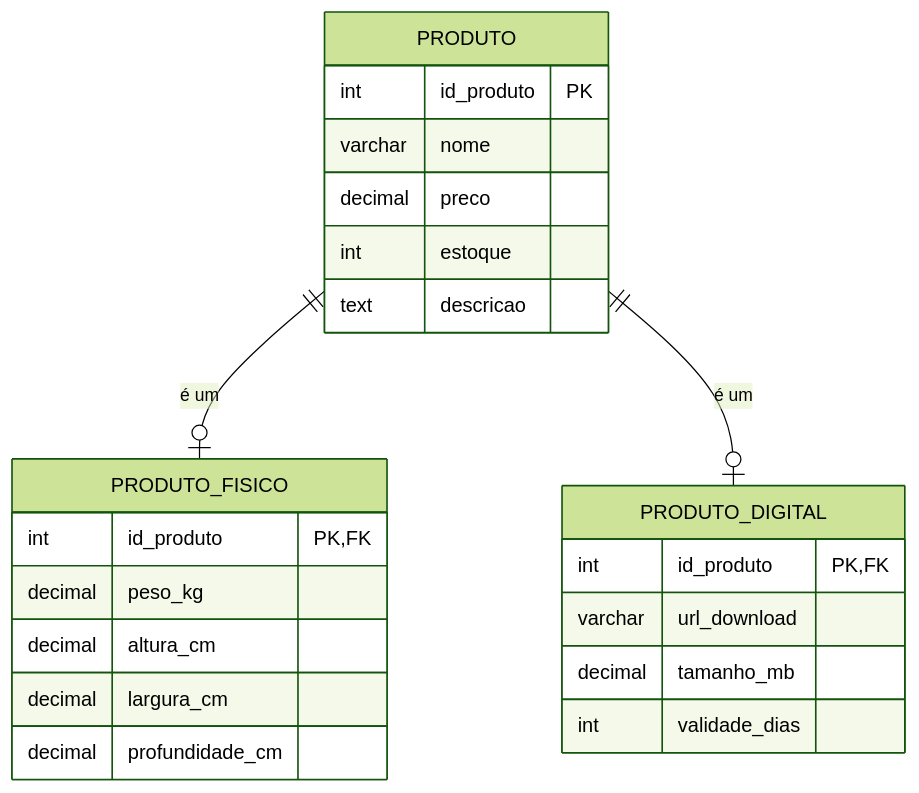
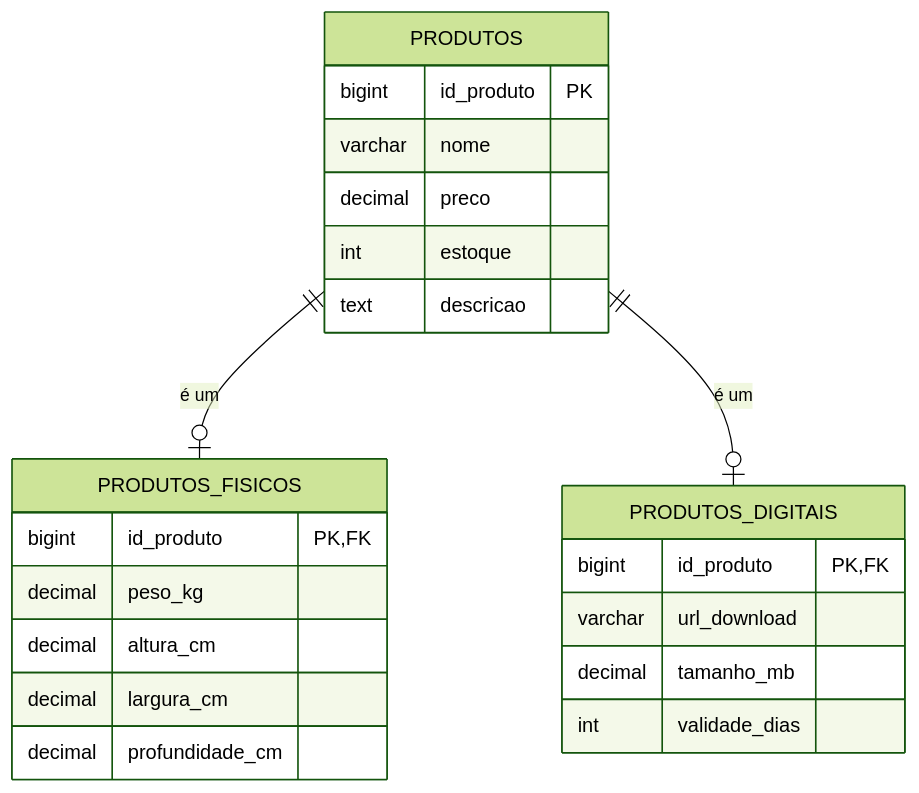
One commit to DSM-Fatec-Jahu/Banco-de-Dados-Relacional-IBD015 changed the sixth of 8 diagrams in aulas/Aula_01_Revisao_Modelagem_Conceitual.md. Above: the diagram before and after it, drawn with Mermaid (forest theme). The commit also changed other lines of this file, not shown here.

````diff
--- a/aulas/Aula_01_Revisao_Modelagem_Conceitual.md
+++ b/aulas/Aula_01_Revisao_Modelagem_Conceitual.md
@@ -420,28 +420,28 @@
 ```mermaid
 erDiagram
-    PRODUTO {
-        int id_produto PK
+    PRODUTOS {
+        bigint id_produto PK
         varchar nome
         decimal preco
         int estoque
         text descricao
     }
 
-    PRODUTO_FISICO {
-        int id_produto PK, FK
+    PRODUTOS_FISICOS {
+        bigint id_produto PK, FK
         decimal peso_kg
         decimal altura_cm
         decimal largura_cm
         decimal profundidade_cm
     }
 
-    PRODUTO_DIGITAL {
-        int id_produto PK, FK
+    PRODUTOS_DIGITAIS {
+        bigint id_produto PK, FK
         varchar url_download
         decimal tamanho_mb
         int validade_dias
     }
 
-    PRODUTO ||--o| PRODUTO_FISICO   : "é um"
-    PRODUTO ||--o| PRODUTO_DIGITAL  : "é um"
+    PRODUTOS ||--o| PRODUTOS_FISICOS   : "é um"
+    PRODUTOS ||--o| PRODUTOS_DIGITAIS  : "é um"
 ```
````
